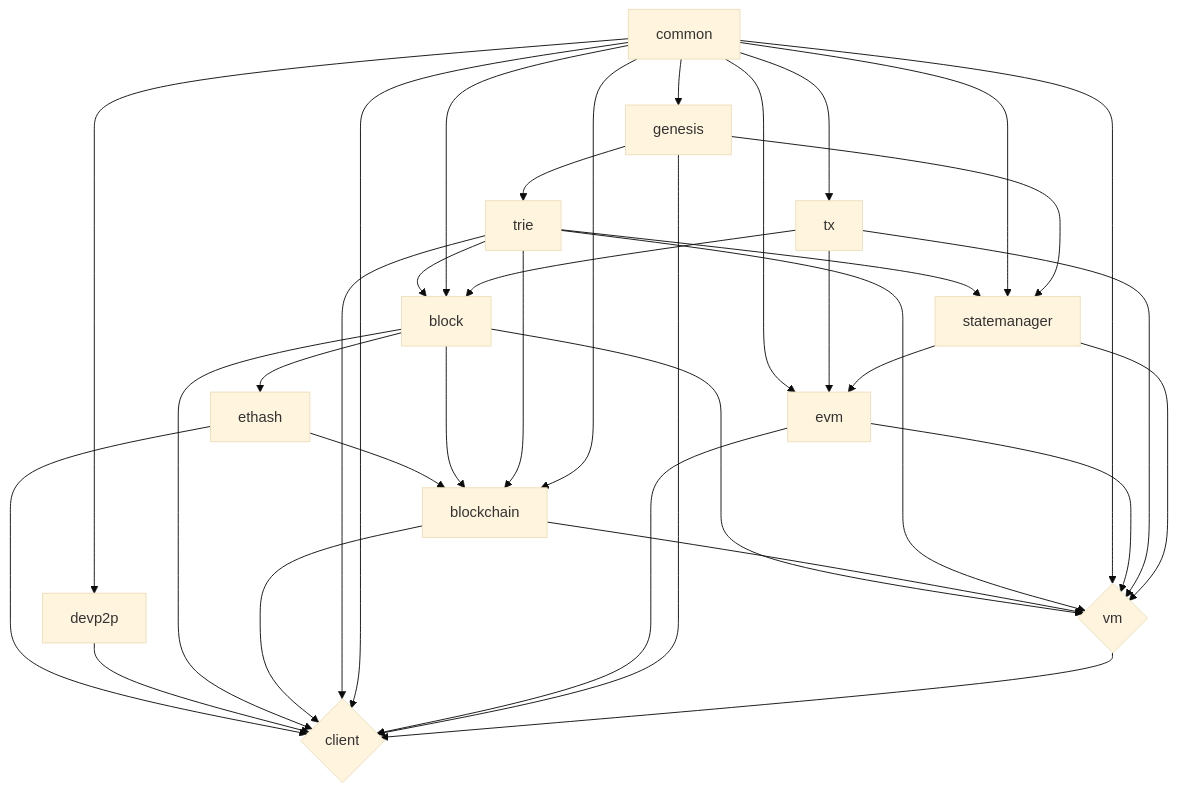
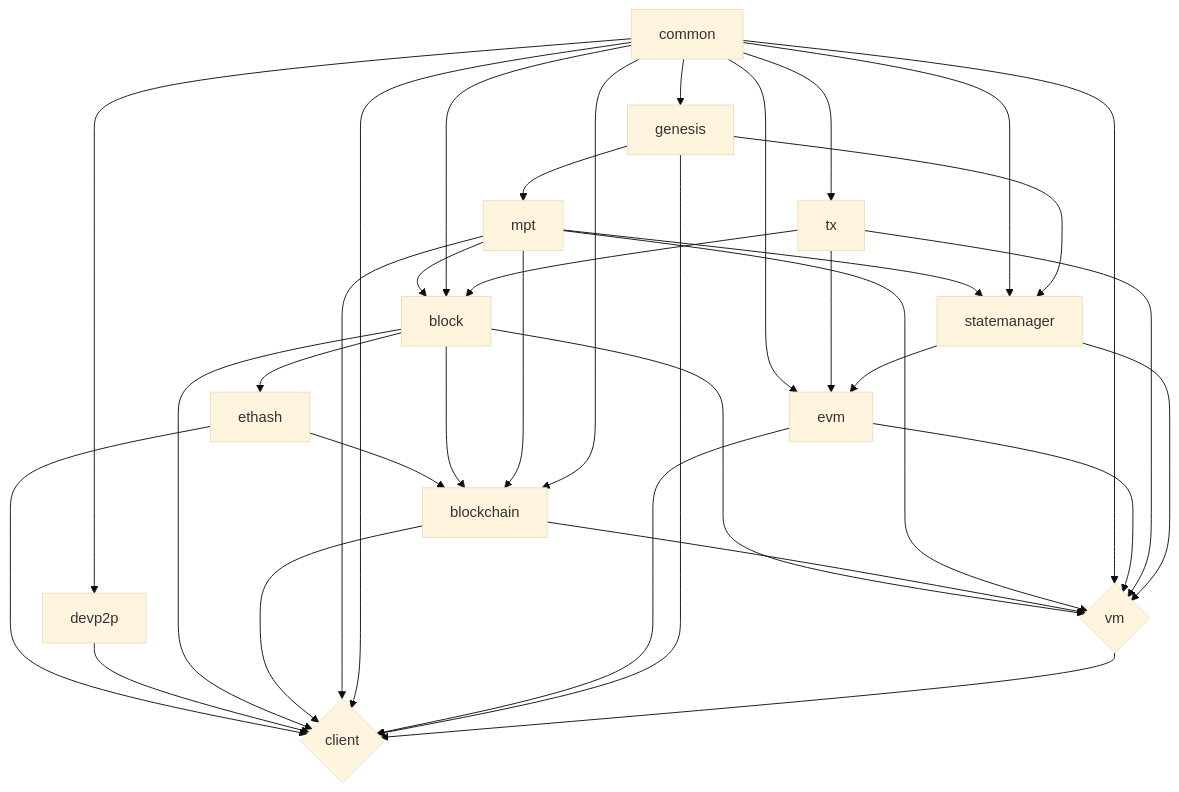
Before and after one commit to ethereumjs/ethereumjs-monorepo: the diagram in README.md, drawn with Mermaid (base theme). The commit also changed other lines of this file, not shown here.

Commit message:
update README.md to reflect trie -> mpt rename

````diff
--- a/README.md
+++ b/README.md
@@ -64,39 +64,39 @@
 ```mermaid
  graph TD
    vm{vm}
    client{client}
    ethash --> blockchain
    ethash --> client
    devp2p --> client
    block --> client
    block --> blockchain
    block --> ethash
    block --> vm
    blockchain --> client
    blockchain --> vm
-   trie --> client
-   trie --> vm
-   trie --> blockchain
-   trie --> block
-   trie --> statemanager
+   mpt --> client
+   mpt --> vm
+   mpt --> blockchain
+   mpt --> block
+   mpt --> statemanager
    common --> block
    common --> statemanager
    common --> tx
    common --> blockchain
    common --> vm
    common --> evm
    common --> client
    common --> devp2p
    common --> genesis
    evm --> vm
    evm --> client
    genesis --> client
    genesis --> statemanager
-   genesis --> trie
+   genesis --> mpt
    tx --> block
    tx --> evm
    tx --> vm
    vm --> client
    statemanager --> evm
    statemanager --> vm
 ```
````
